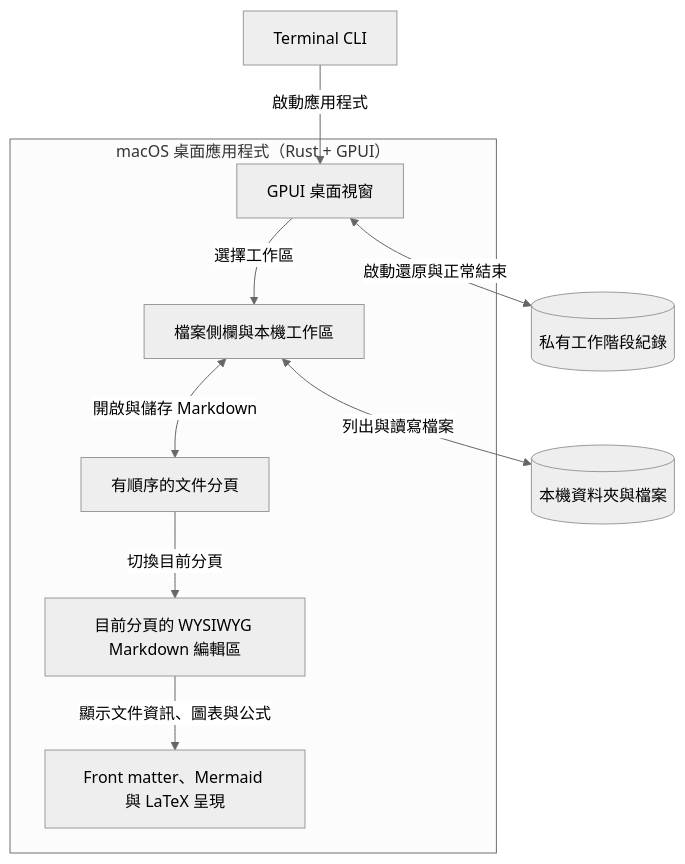
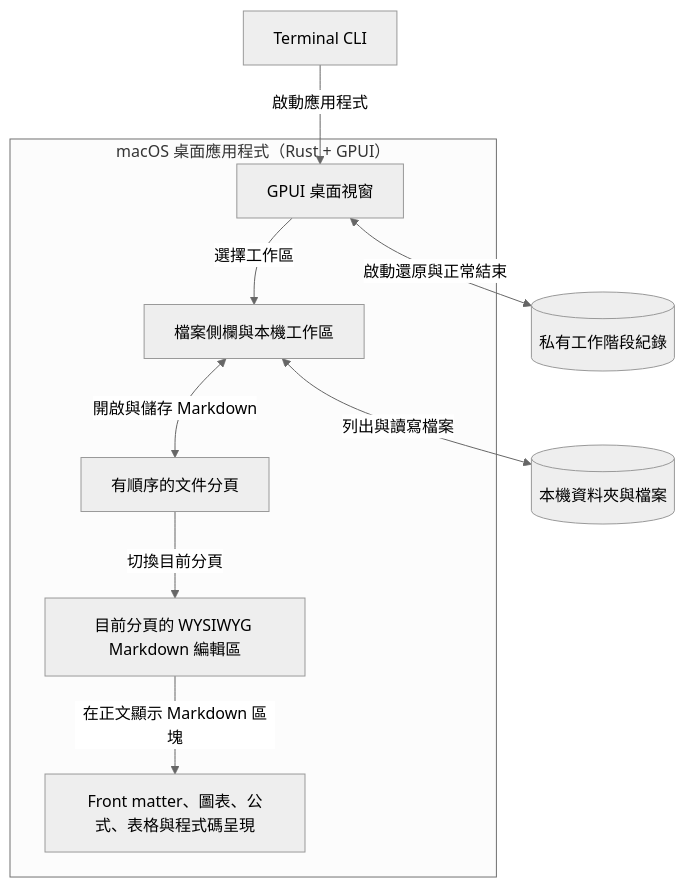
The diagram in docs/prd/gpui-editor.md (narumiruna/gpui-editor), drawn with Mermaid (neutral theme) before and after one commit. The commit also changed other lines of this file and 8 other files, not shown here.

Commit message:
feat: render Markdown tables and code blocks

````diff
--- a/docs/prd/gpui-editor.md
+++ b/docs/prd/gpui-editor.md
@@ -38,22 +40,22 @@
 ```mermaid
 flowchart TD
     cli["Terminal CLI"]
     files[("本機資料夾與檔案")]
     session[("私有工作階段紀錄")]
 
     subgraph app["macOS 桌面應用程式（Rust + GPUI）"]
         window["GPUI 桌面視窗"]
         workspace["檔案側欄與本機工作區"]
         tabs["有順序的文件分頁"]
         markdown["目前分頁的 WYSIWYG Markdown 編輯區"]
-        render["Front matter、Mermaid 與 LaTeX 呈現"]
+        render["Front matter、圖表、公式、表格與程式碼呈現"]
     end
 
     cli -->|啟動應用程式| window
     window <-->|啟動還原與正常結束| session
     window -->|選擇工作區| workspace
     workspace <-->|列出與讀寫檔案| files
     workspace <-->|開啟與儲存 Markdown| tabs
     tabs -->|切換目前分頁| markdown
-    markdown -->|顯示文件資訊、圖表與公式| render
+    markdown -->|在正文顯示 Markdown 區塊| render
 ```
````
